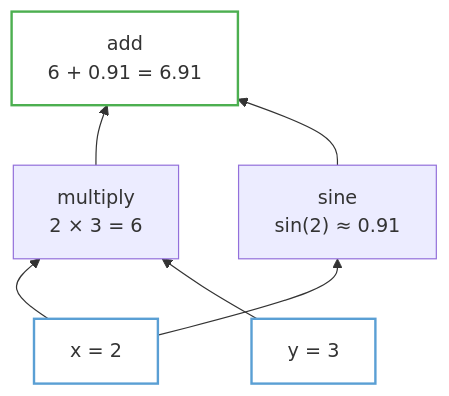
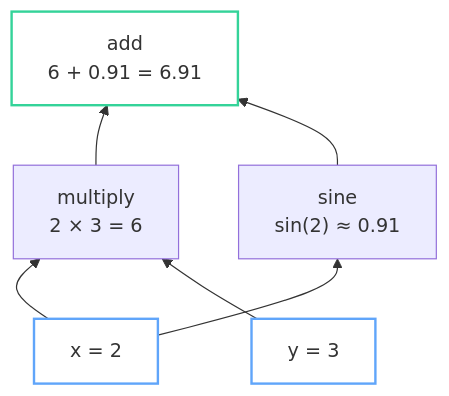
Before and after one commit to bolu-atx/bolu-atx.github.io: the second of 9 diagrams in _posts/2025-06-15-autodiff-rust-part1-graphs.md, drawn with Mermaid. The commit also changed other lines of this file and 5 other files, not shown here.

First line of the commit message:
Add dark mode support for Mermaid diagrams

````diff
--- a/_posts/2025-06-15-autodiff-rust-part1-graphs.md
+++ b/_posts/2025-06-15-autodiff-rust-part1-graphs.md
@@ -67,18 +68,19 @@
 ```mermaid
 graph BT
     x["x = 2"]
     y["y = 3"]
     mul["multiply<br/>2 × 3 = 6"]
     sin["sine<br/>sin(2) ≈ 0.91"]
     add["add<br/>6 + 0.91 = 6.91"]
 
     x --> mul
     y --> mul
     x --> sin
     mul --> add
     sin --> add
 
-    style x fill:none,stroke:#5a9fd4,stroke-width:2px
-    style y fill:none,stroke:#5a9fd4,stroke-width:2px
-    style add fill:none,stroke:#4CAF50,stroke-width:2px
+    classDef input fill:none,stroke:#60a5fa,stroke-width:2px
+    classDef output fill:none,stroke:#34d399,stroke-width:2px
+    class x,y input
+    class add output
 ```
````
